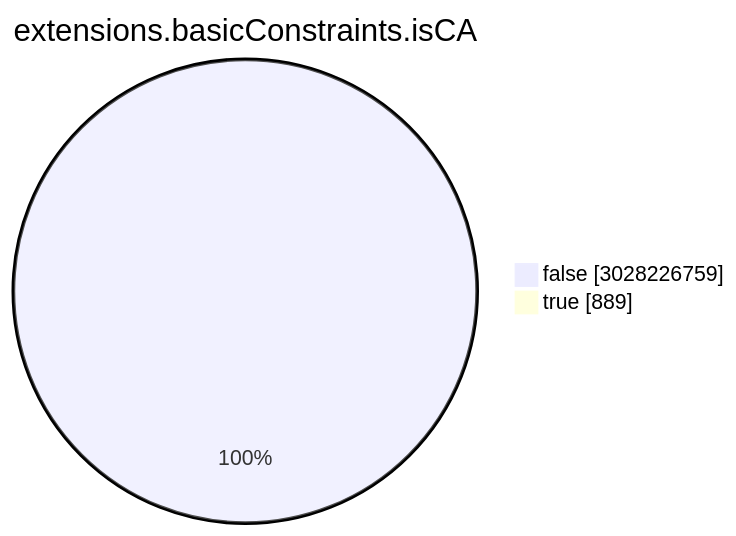
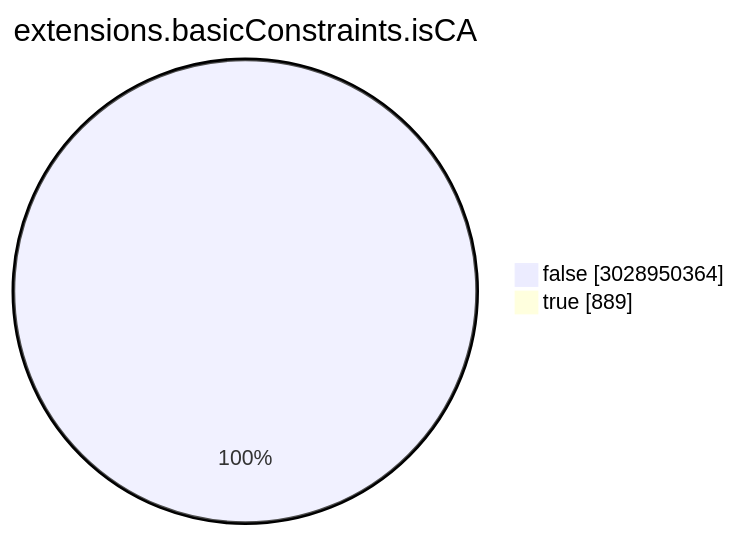
The seventh of 15 diagrams in TOTAL/README.md (christiankrug/ctmonitor_visualization), drawn with Mermaid before and after one commit. The commit also changed other lines of this file, not shown here.

````diff
--- a/TOTAL/README.md
+++ b/TOTAL/README.md
@@ -3087,6 +3087,6 @@
 ```mermaid
 pie showData
 title extensions.basicConstraints.isCA
-"false" :3028226759
+"false" :3028950364
 "true" :889
 ```
````
